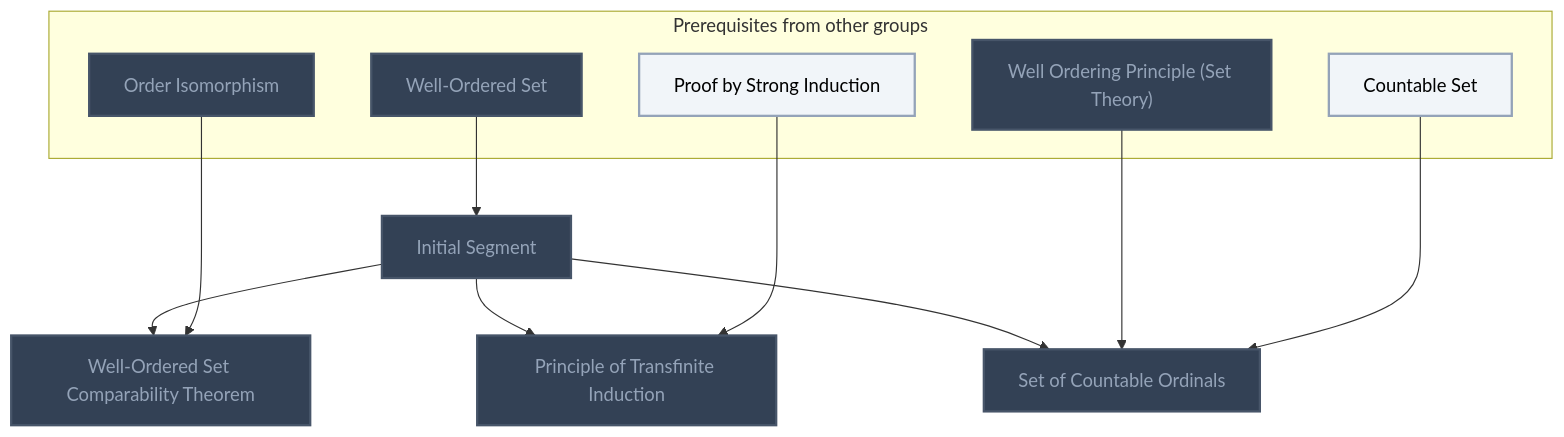
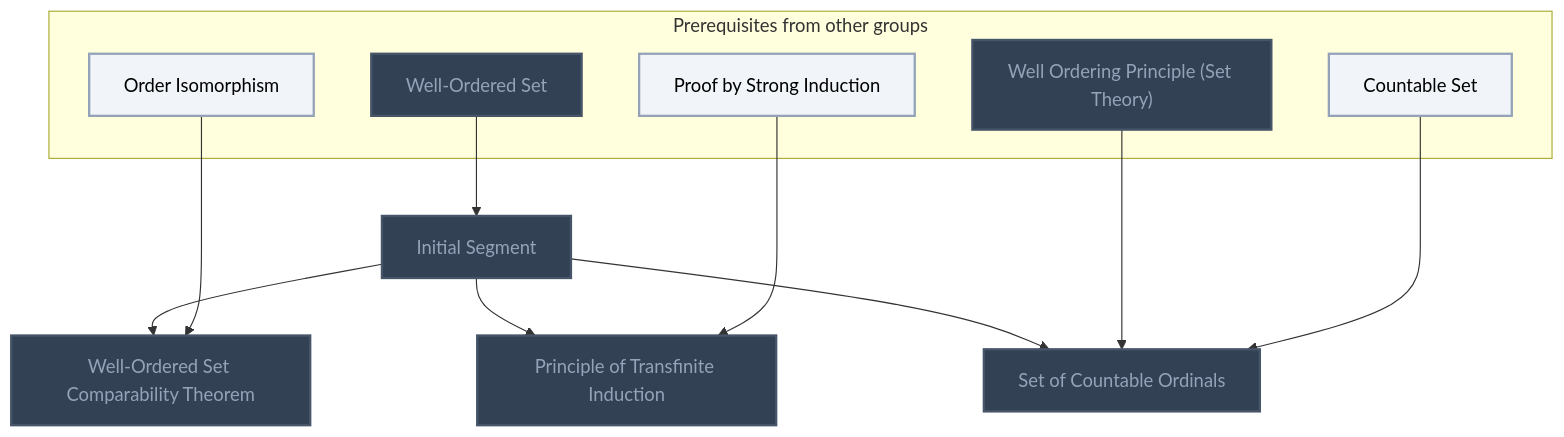
The fourth of 13 diagrams in Gamification/Skill Trees/Measure Theory.md (MRauf1/My-Notes), drawn with Mermaid before and after one commit. The commit also changed other lines of this file and 62 other files, not shown here.

````diff
--- a/Gamification/Skill Trees/Measure Theory.md
+++ b/Gamification/Skill Trees/Measure Theory.md
@@ -113,34 +118,34 @@
 ```mermaid
 flowchart TD
     classDef planned fill:#1E293B,stroke:#64748B,stroke-width:2px,stroke-dasharray:5 5,color:#94A3B8;
     classDef locked fill:#334155,stroke:#475569,stroke-width:2px,color:#94A3B8;
     classDef L0 fill:#F1F5F9,stroke:#94A3B8,stroke-width:2px,color:#000000;
     classDef L1 fill:#22C55E,stroke:#15803D,stroke-width:2px,color:#000000;
     classDef L2 fill:#3B82F6,stroke:#1D4ED8,stroke-width:3px,color:#FFFFFF;
     classDef L3 fill:#A855F7,stroke:#6B21A8,stroke-width:3px,color:#FFFFFF,font-weight:bold;
     classDef L4 fill:#F97316,stroke:#C2410C,stroke-width:4px,color:#000000,font-weight:bold;
     classDef L5 fill:#FFD700,stroke:#FF8C00,stroke-width:5px,color:#000000,font-weight:bold;
     classDef rusty stroke:#8B4513,stroke-width:4px,stroke-dasharray:3 3;
     subgraph sg_prereqs["Prerequisites from other groups"]
         n_well_ordered_set["Well-Ordered Set"]
         n_order_isomorphism["Order Isomorphism"]
         n_proof_by_strong_induction["Proof by Strong Induction"]
         n_well_ordering_principle_set_theory["Well Ordering Principle (Set Theory)"]
         n_countable_set["Countable Set"]
     end
     n_initial_segment["Initial Segment"]
     n_well_ordered_set_comparability_theorem["Well-Ordered Set Comparability Theorem"]
     n_principle_of_transfinite_induction["Principle of Transfinite Induction"]
     n_set_of_countable_ordinals["Set of Countable Ordinals"]
     n_well_ordered_set --> n_initial_segment
     n_initial_segment --> n_well_ordered_set_comparability_theorem
     n_order_isomorphism --> n_well_ordered_set_comparability_theorem
     n_initial_segment --> n_principle_of_transfinite_induction
     n_proof_by_strong_induction --> n_principle_of_transfinite_induction
     n_initial_segment --> n_set_of_countable_ordinals
     n_well_ordering_principle_set_theory --> n_set_of_countable_ordinals
     n_countable_set --> n_set_of_countable_ordinals
-    class n_well_ordered_set,n_order_isomorphism,n_well_ordering_principle_set_theory,n_initial_segment,n_well_ordered_set_comparability_theorem,n_principle_of_transfinite_induction,n_set_of_countable_ordinals locked;
-    class n_proof_by_strong_induction,n_countable_set L0;
+    class n_well_ordered_set,n_well_ordering_principle_set_theory,n_initial_segment,n_well_ordered_set_comparability_theorem,n_principle_of_transfinite_induction,n_set_of_countable_ordinals locked;
+    class n_order_isomorphism,n_proof_by_strong_induction,n_countable_set L0;
     class n_well_ordered_set,n_order_isomorphism,n_proof_by_strong_induction,n_well_ordering_principle_set_theory,n_countable_set,n_initial_segment,n_well_ordered_set_comparability_theorem,n_principle_of_transfinite_induction,n_set_of_countable_ordinals internal-link;
 ```
````
